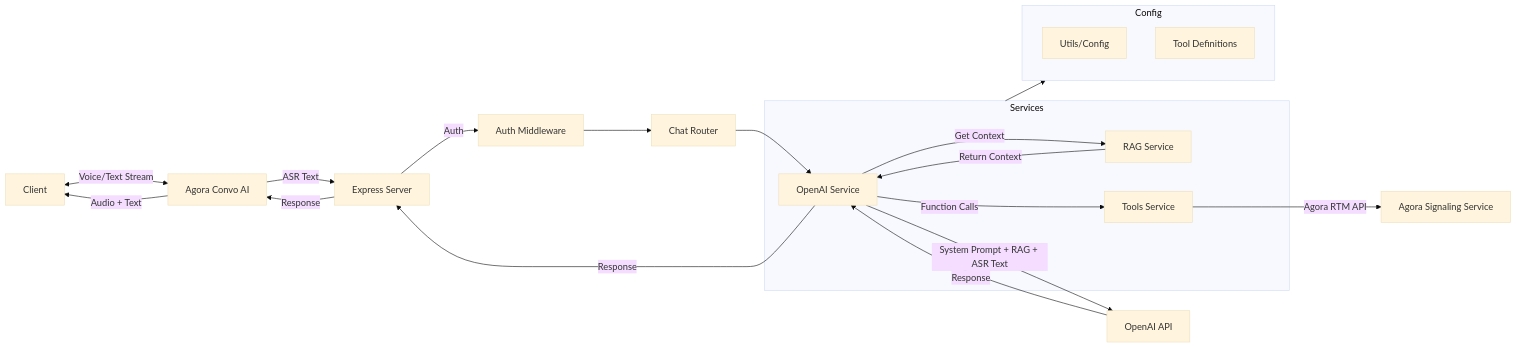
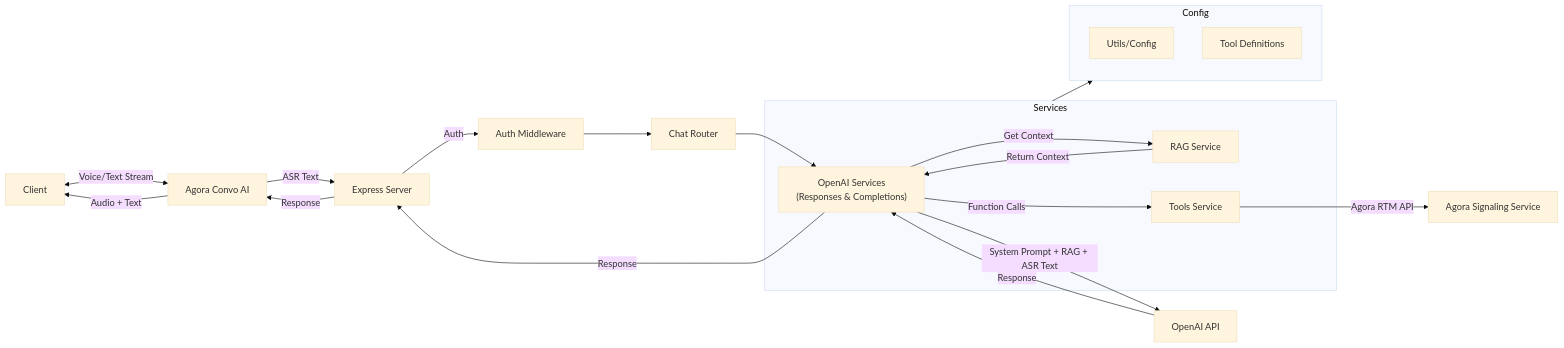
Before and after one commit to AgoraIO-Community/agora-convo-ai-custom-llm-express: the first of 3 diagrams in README.md, drawn with Mermaid (base theme). The commit also changed other lines of this file, not shown here.

````diff
--- a/README.md
+++ b/README.md
@@ -9,30 +9,30 @@
 ```mermaid
 graph LR
     Client[Client] <--> |Voice/Text Stream| ConvoAI[Agora Convo AI]
     ConvoAI --> |ASR Text| Server[Express Server]
     Server --> |Auth| AuthMiddleware[Auth Middleware]
     AuthMiddleware --> ChatRouter[Chat Router]
     ChatRouter --> OpenAIService[OpenAI Service]
-    OpenAIService --> |Get Context| RagService[RAG Service]
+    OpenAIService[OpenAI Services<br/>#40;Responses &amp; Completions#41;] --> |Get Context| RagService[RAG Service]
     RagService --> |Return Context| OpenAIService
     OpenAIService --> |System Prompt + RAG + ASR Text| OpenAIAPI[OpenAI API]
     OpenAIAPI --> |Response| OpenAIService
     OpenAIService --> |Function Calls| Tools[Tools Service]
     Tools --> |Agora RTM API| Agora[Agora Signaling Service]
     OpenAIService --> |Response| Server
     Server --> |Response| ConvoAI
     ConvoAI --> |Audio + Text| Client
 
     subgraph Services
         OpenAIService
         RagService
         Tools
     end
 
     subgraph Config
         Utils[Utils/Config]
         ToolDefs[Tool Definitions]
     end
 
     Services --> Config
 ```
````
